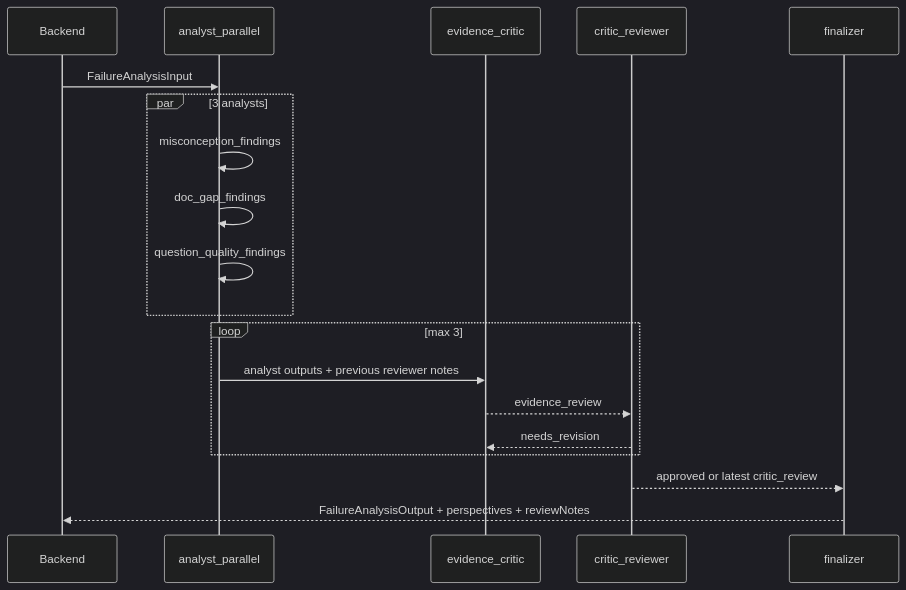
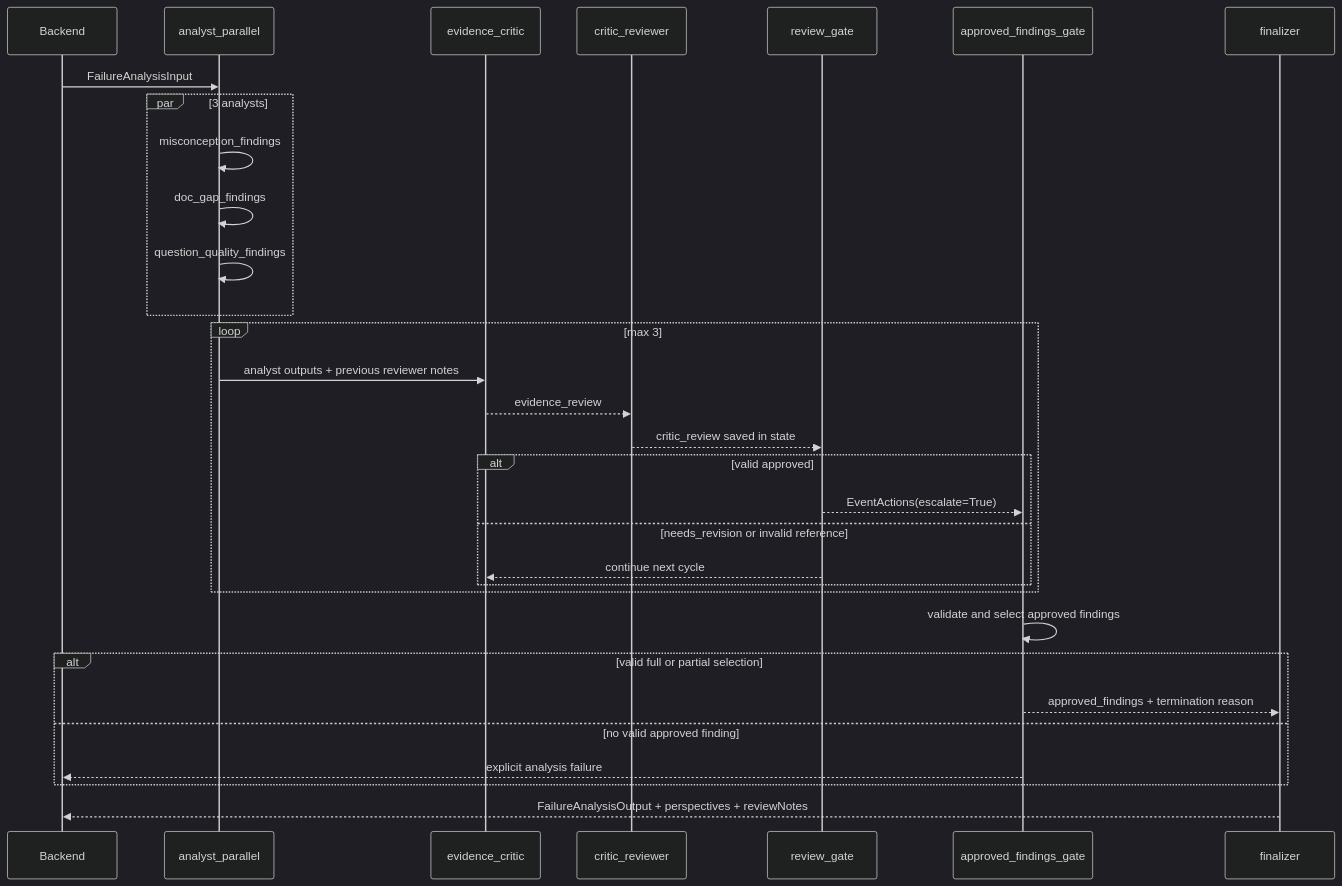
Before and after one commit to tomomj/knowledge-drills: the second of 3 diagrams in .kiro/specs/failure-analysis-review-loop/design.md, drawn with Mermaid (dark theme). The commit also changed other lines of this file and 9 other files, not shown here.

Commit message:
fix(agent): make failure analysis review loop agentic

````diff
--- a/.kiro/specs/failure-analysis-review-loop/design.md
+++ b/.kiro/specs/failure-analysis-review-loop/design.md
@@ -158,22 +166,34 @@
 ```mermaid
 sequenceDiagram
     participant B as Backend
     participant P as analyst_parallel
     participant C as evidence_critic
     participant R as critic_reviewer
+    participant G as review_gate
+    participant A as approved_findings_gate
     participant F as finalizer
 
     B->>P: FailureAnalysisInput
     par 3 analysts
         P->>P: misconception_findings
         P->>P: doc_gap_findings
         P->>P: question_quality_findings
     end
     loop max 3
         P->>C: analyst outputs + previous reviewer notes
         C-->>R: evidence_review
-        R-->>C: needs_revision
+        R-->>G: critic_review saved in state
+        alt valid approved
+            G-->>A: EventActions(escalate=True)
+        else needs_revision or invalid reference
+            G-->>C: continue next cycle
+        end
     end
-    R-->>F: approved or latest critic_review
+    A->>A: validate and select approved findings
+    alt valid full or partial selection
+        A-->>F: approved_findings + termination reason
+    else no valid approved finding
+        A-->>B: explicit analysis failure
+    end
     F-->>B: FailureAnalysisOutput + perspectives + reviewNotes
 ```
````
